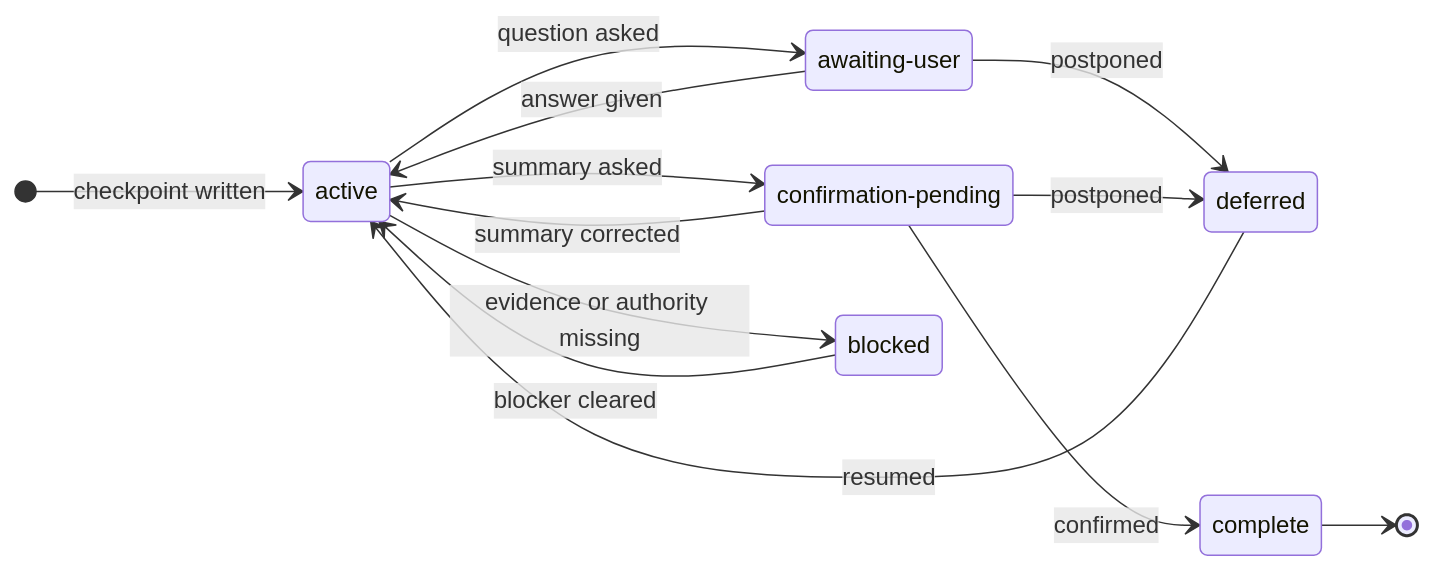
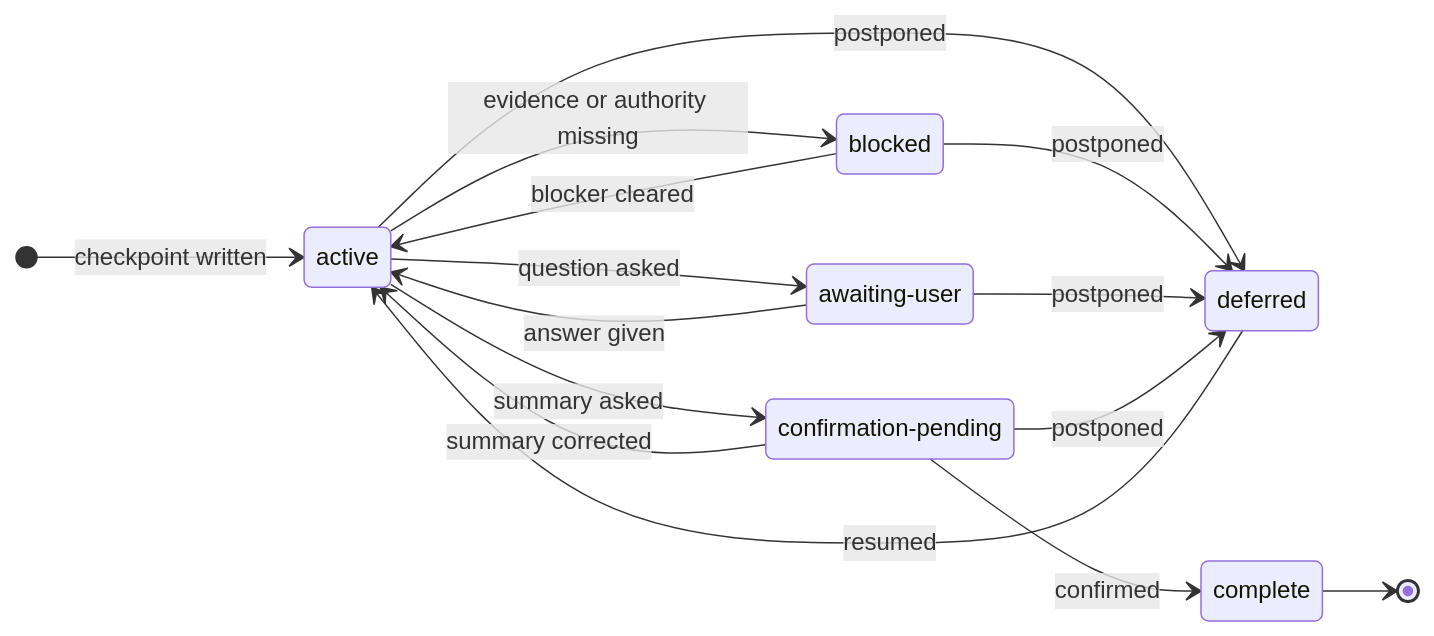
Before and after one commit to fam-tung-lam/ptlam-agent-plugin: the diagram in plugin/skills/ptlam-grilling/references/grilling-session-schema.md, drawn with Mermaid. The commit also changed other lines of this file and 128 other files, not shown here.

````diff
--- a/plugin/skills/ptlam-grilling/references/grilling-session-schema.md
+++ b/plugin/skills/ptlam-grilling/references/grilling-session-schema.md
@@ -92,24 +92,26 @@
 ```mermaid
 stateDiagram-v2
     direction LR
 
     state "active" as Active
     state "awaiting-user" as AwaitingUser
     state "confirmation-pending" as ConfirmationPending
     state "blocked" as Blocked
     state "deferred" as Deferred
     state "complete" as Complete
 
     [*] --> Active : checkpoint written
     Active --> AwaitingUser : question asked
     AwaitingUser --> Active : answer given
     Active --> Blocked : evidence or authority missing
     Blocked --> Active : blocker cleared
+    Active --> Deferred : postponed
+    Blocked --> Deferred : postponed
     Active --> ConfirmationPending : summary asked
     ConfirmationPending --> Active : summary corrected
     AwaitingUser --> Deferred : postponed
     ConfirmationPending --> Deferred : postponed
     Deferred --> Active : resumed
     ConfirmationPending --> Complete : confirmed
     Complete --> [*]
 ```
````
